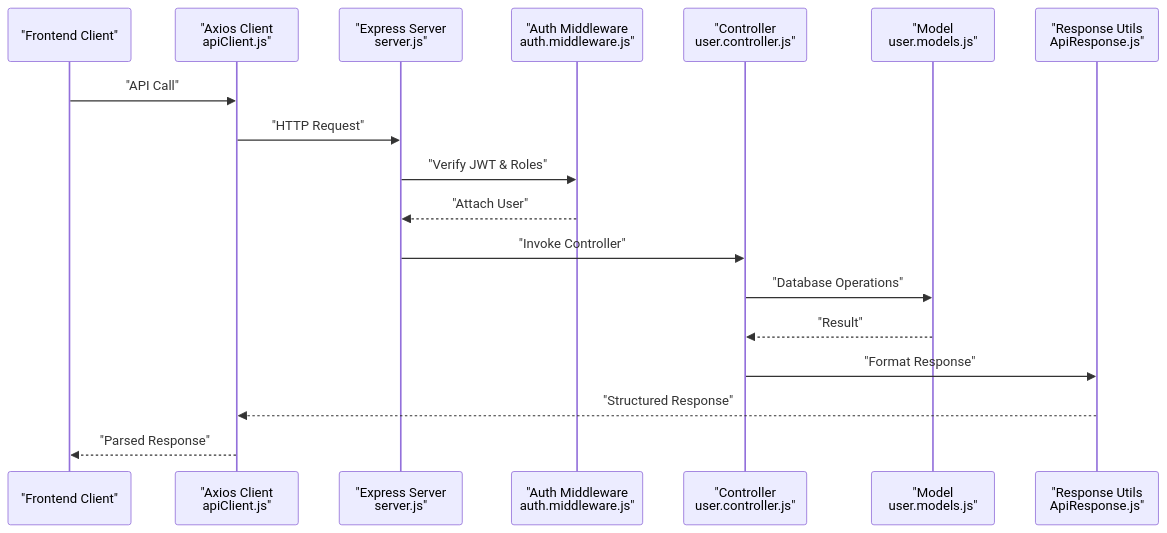
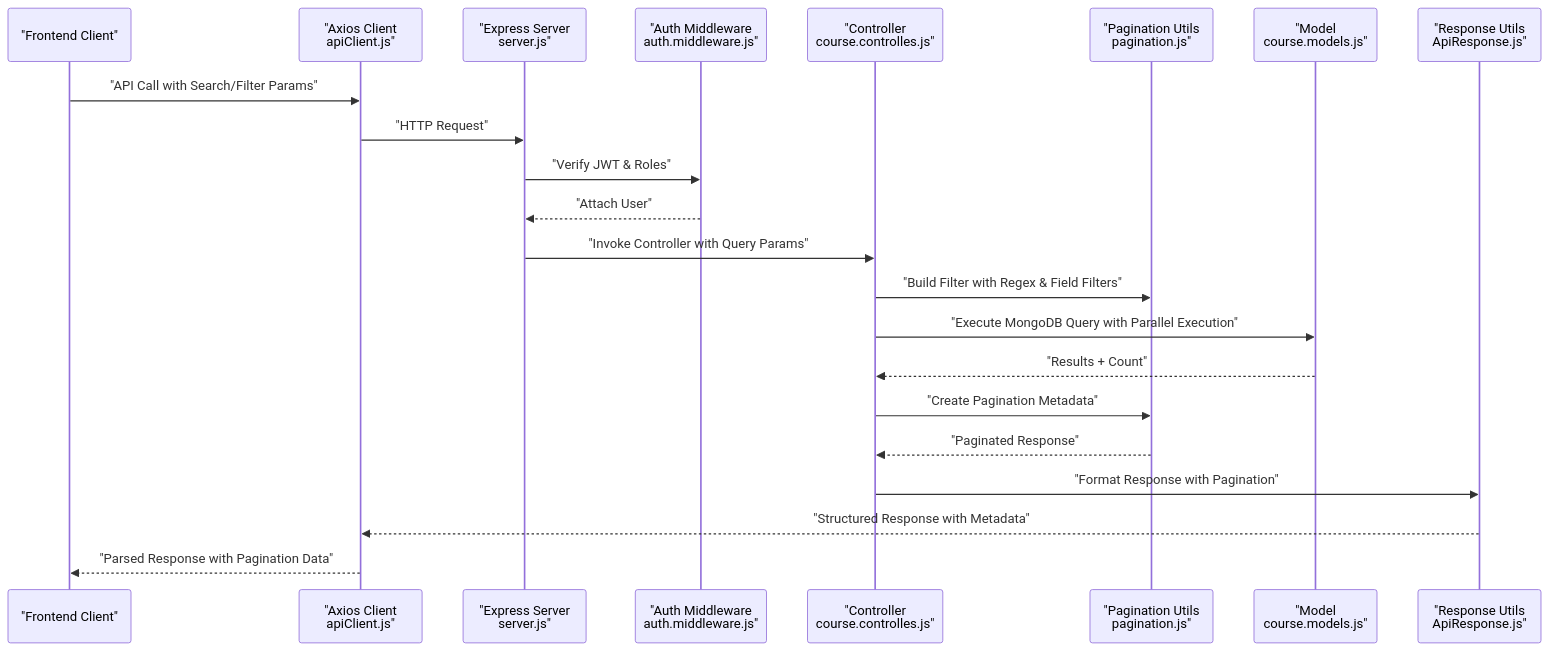
One commit to Aryan9060/Timetable-Project changed the second of 12 diagrams in .qoder/repowiki/en/content/Backend Architecture/New Services & Utilities.md. Above: the diagram before and after it, drawn with Mermaid. The commit also changed other lines of this file and 2 other files, not shown here.

````diff
--- a/.qoder/repowiki/en/content/Backend Architecture/New Services & Utilities.md
+++ b/.qoder/repowiki/en/content/Backend Architecture/New Services & Utilities.md
@@ -129,20 +148,24 @@
 ```mermaid
 sequenceDiagram
 participant FE as "Frontend Client"
 participant AC as "Axios Client<br/>apiClient.js"
 participant API as "Express Server<br/>server.js"
 participant AUTH as "Auth Middleware<br/>auth.middleware.js"
-participant CTRL as "Controller<br/>user.controller.js"
-participant MODEL as "Model<br/>user.models.js"
+participant CTRL as "Controller<br/>course.controlles.js"
+participant PAG as "Pagination Utils<br/>pagination.js"
+participant MODEL as "Model<br/>course.models.js"
 participant RESP as "Response Utils<br/>ApiResponse.js"
-FE->>AC : "API Call"
+FE->>AC : "API Call with Search/Filter Params"
 AC->>API : "HTTP Request"
 API->>AUTH : "Verify JWT & Roles"
 AUTH-->>API : "Attach User"
-API->>CTRL : "Invoke Controller"
-CTRL->>MODEL : "Database Operations"
-MODEL-->>CTRL : "Result"
-CTRL->>RESP : "Format Response"
-RESP-->>AC : "Structured Response"
-AC-->>FE : "Parsed Response"
+API->>CTRL : "Invoke Controller with Query Params"
+CTRL->>PAG : "Build Filter with Regex & Field Filters"
+CTRL->>MODEL : "Execute MongoDB Query with Parallel Execution"
+MODEL-->>CTRL : "Results + Count"
+CTRL->>PAG : "Create Pagination Metadata"
+PAG-->>CTRL : "Paginated Response"
+CTRL->>RESP : "Format Response with Pagination"
+RESP-->>AC : "Structured Response with Metadata"
+AC-->>FE : "Parsed Response with Pagination Data"
 ```
````
